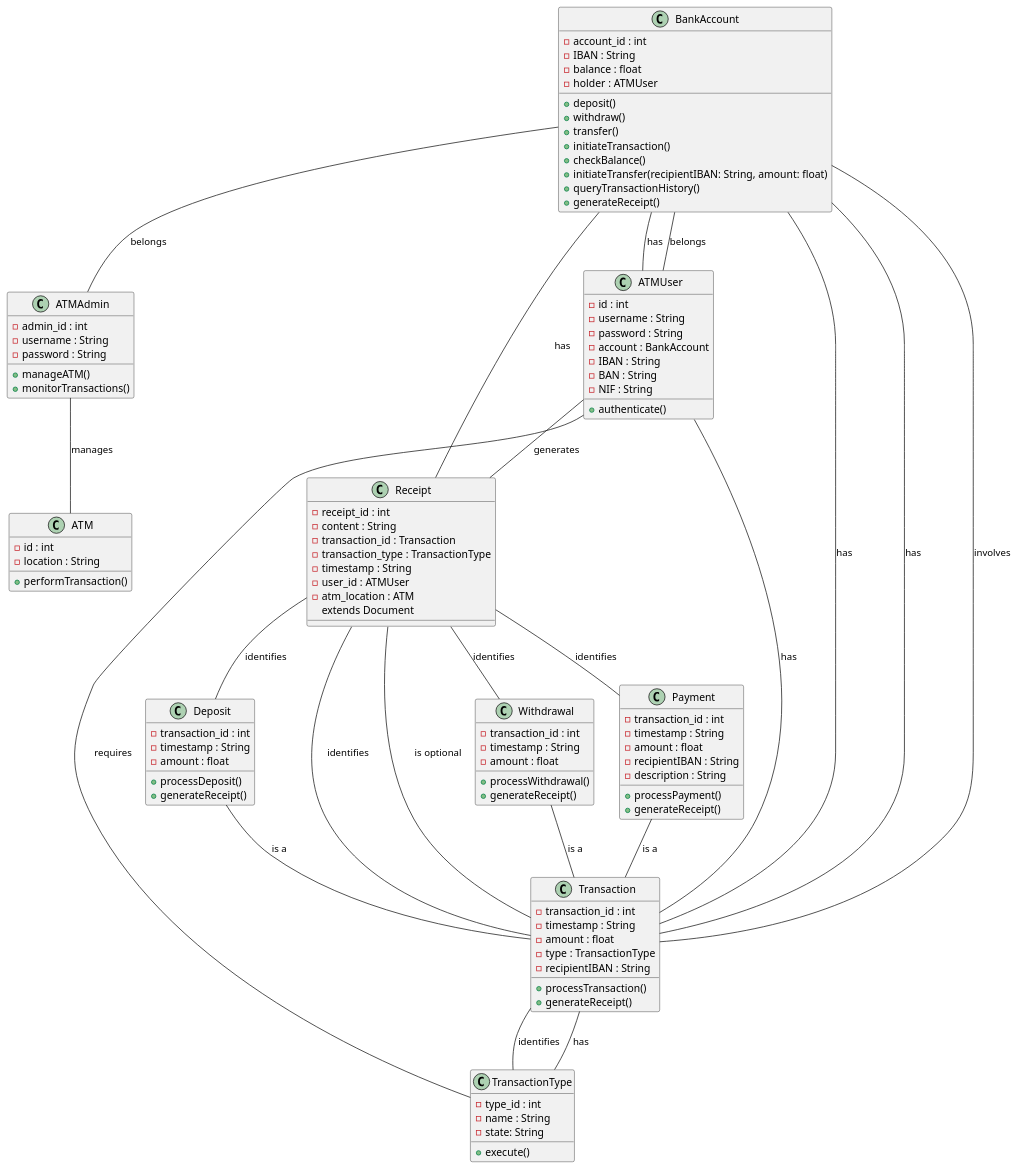
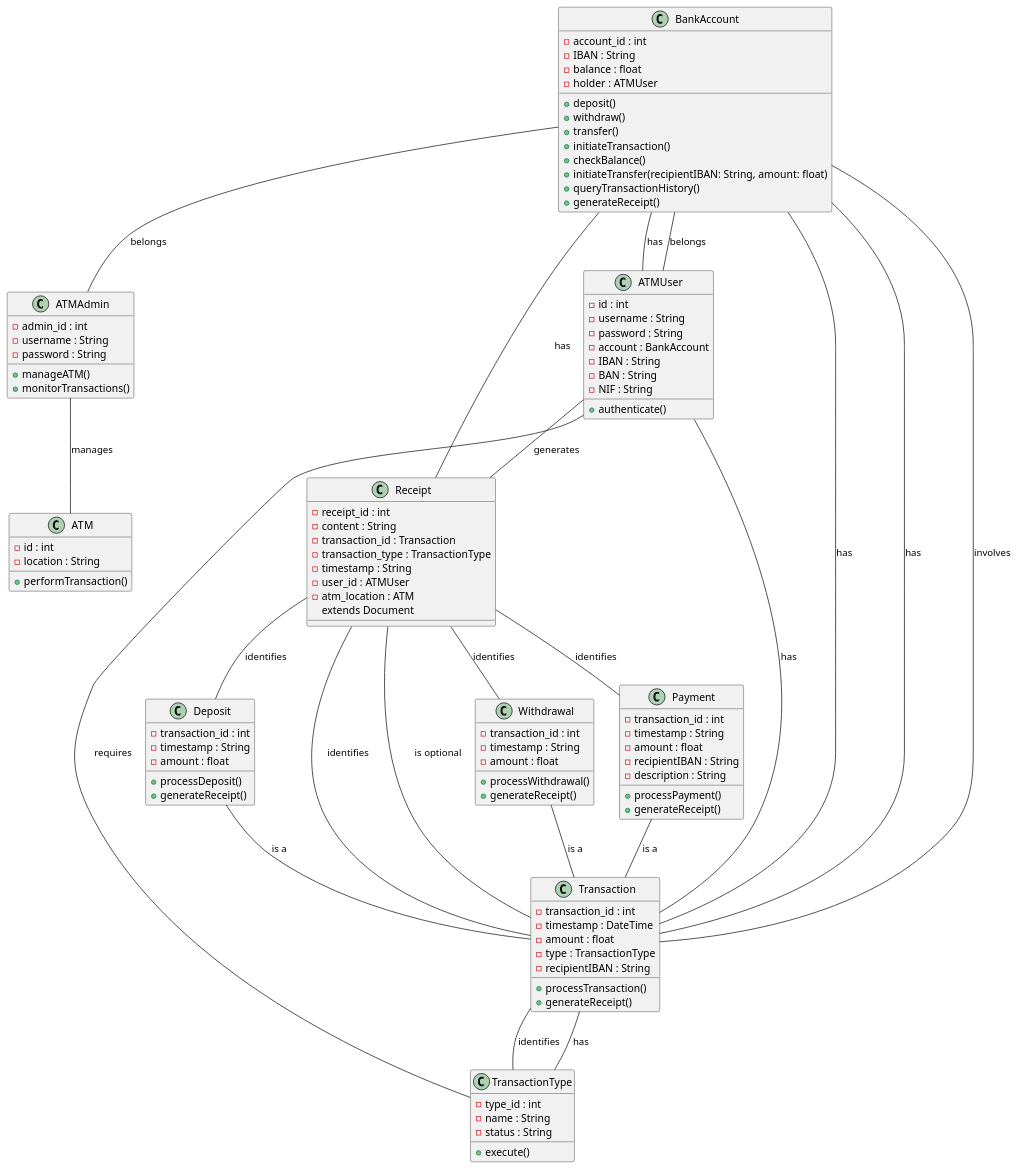
One commit to brunoUpskill2/ProjetoATM changed the diagram in Diagramas/DiagramaClasses.plantuml. Above: the diagram before and after it, drawn with PlantUML. The commit also changed 23 other files, not shown here.

```diff
--- a/Diagramas/DiagramaClasses.plantuml
+++ b/Diagramas/DiagramaClasses.plantuml
@@ -1,121 +1,121 @@
 @startuml ATMSystem
 
 class ATM {
     -id : int
     -location : String
     +performTransaction()
 }
 
 class ATMUser {
     -id : int
     -username : String
     -password : String
     -account : BankAccount
     -IBAN : String
     -BAN : String
     -NIF : String
     +authenticate()
     
 }
 
 class ATMAdmin {
     -admin_id : int
     -username : String
     -password : String
     +manageATM()
     +monitorTransactions()
 }
 
 class BankAccount {
     -account_id : int
     -IBAN : String
     -balance : float
     -holder : ATMUser
     +deposit()
     +withdraw()
     +transfer()
     +initiateTransaction()
     +checkBalance()
     +initiateTransfer(recipientIBAN: String, amount: float)
     +queryTransactionHistory()
     +generateReceipt()
 }
 
 class Deposit {
     -transaction_id : int
     -timestamp : String
     -amount : float
     +processDeposit()
     +generateReceipt()
 }
 
 class Withdrawal {
     -transaction_id : int
     -timestamp : String
     -amount : float
     +processWithdrawal()
     +generateReceipt()
 }
 
 class Payment {
     -transaction_id : int
     -timestamp : String
     -amount : float
     -recipientIBAN : String
     -description : String
     +processPayment()
     +generateReceipt()
 }
 
 class Transaction {
     -transaction_id : int
-    -timestamp : String
+    -timestamp : DateTime
     -amount : float
     -type : TransactionType
     -recipientIBAN : String
     +processTransaction()
     +generateReceipt()
 }
 
 class TransactionType {
     -type_id : int
     -name : String
-    -state: String
+    -status : String
     +execute()
 }
 class Receipt {
     -receipt_id : int
     -content : String
     -transaction_id : Transaction
     -transaction_type : TransactionType
     -timestamp : String
     -user_id : ATMUser
     -atm_location : ATM
     extends Document
 }
 
 
 
 Deposit -- Transaction : is a
 Withdrawal -- Transaction : is a
 Payment -- Transaction : is a
 Transaction -- BankAccount : involves
 BankAccount -- Transaction : has
 BankAccount -- Receipt : has
 ATMUser -- Receipt : generates
 ATMUser -- BankAccount : has
 ATMUser -- Transaction : has
 BankAccount -- Transaction : has
 Transaction -- TransactionType : has
 TransactionType -- ATMUser : requires
 Receipt -- Transaction : identifies
 Receipt -- Deposit : identifies
 Receipt -- Withdrawal : identifies
 Receipt -- Payment : identifies
 TransactionType -- Transaction : identifies
 BankAccount -- ATMUser : belongs
 BankAccount -- ATMAdmin : belongs
 ATMAdmin -- ATM : manages
 
 Receipt -- Transaction : is optional
 @enduml
```
